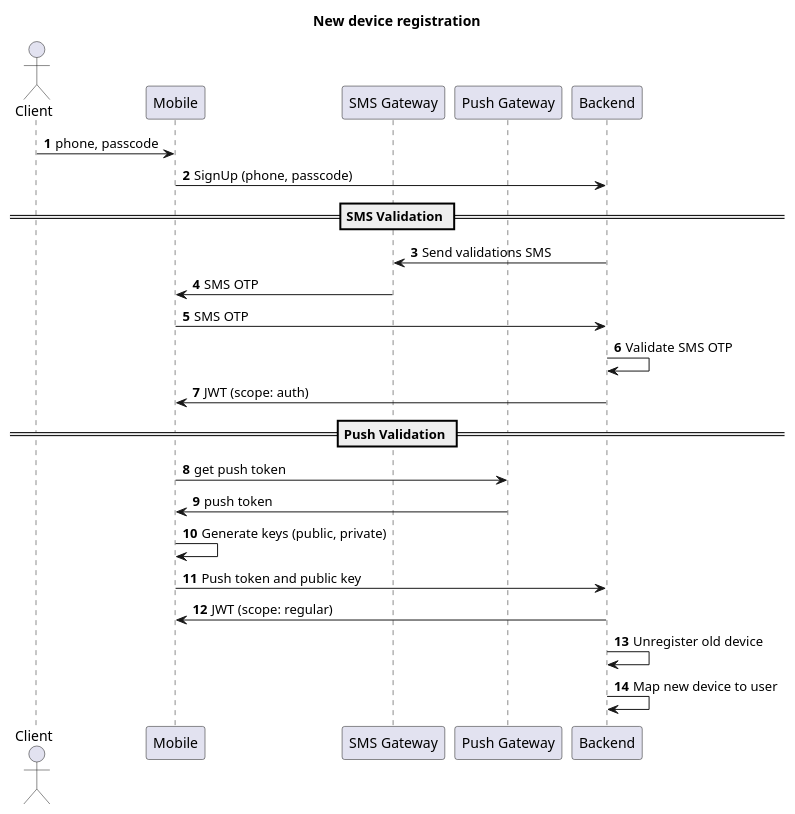
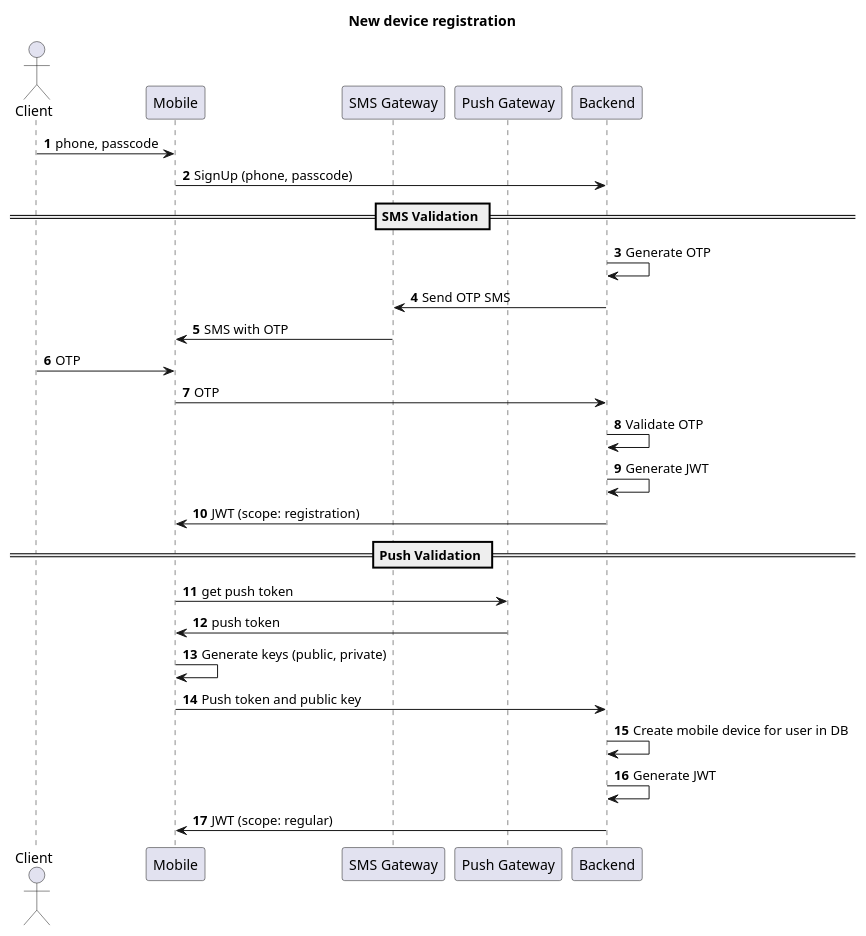
One commit to eslusarenko/HTBS changed the diagram in Auth/newDevice.plantuml. Above: the diagram before and after it, drawn with PlantUML. The commit also changed 3 other files, not shown here.

```diff
--- a/Auth/newDevice.plantuml
+++ b/Auth/newDevice.plantuml
@@ -1,29 +1,32 @@
 @startuml
 title: New device registration
 
 actor Client as user
 participant Mobile as Mob
 participant "SMS Gateway" as sms
 participant "Push Gateway" as push
 participant Backend as Back
 
 autonumber
 user -> Mob: phone, passcode
 Mob -> Back: SignUp (phone, passcode)
 
 == SMS Validation ==
-Back -> sms: Send validations SMS
-sms -> Mob: SMS OTP
-Mob -> Back: SMS OTP
-Back -> Back: Validate SMS OTP
-Back -> Mob: JWT (scope: auth)
+Back -> Back: Generate OTP
+Back -> sms: Send OTP SMS
+sms -> Mob: SMS with OTP
+user -> Mob: OTP
+Mob -> Back: OTP
+Back -> Back: Validate OTP
+Back -> Back: Generate JWT
+Back -> Mob: JWT (scope: registration)
 
 == Push Validation ==
 Mob -> push: get push token
 push -> Mob: push token
 Mob -> Mob: Generate keys (public, private)
 Mob -> Back: Push token and public key
+Back -> Back: Create mobile device for user in DB
+Back -> Back: Generate JWT
 Back -> Mob: JWT (scope: regular)
-Back -> Back: Unregister old device
-Back -> Back: Map new device to user
 @enduml
```
